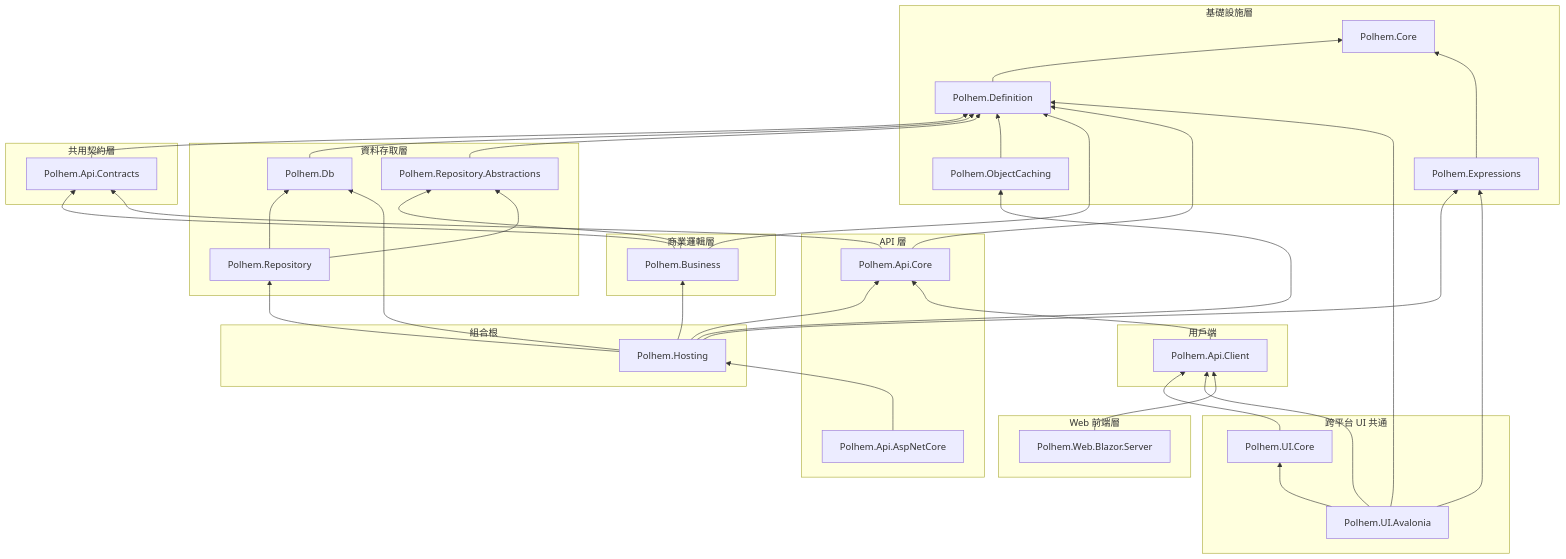
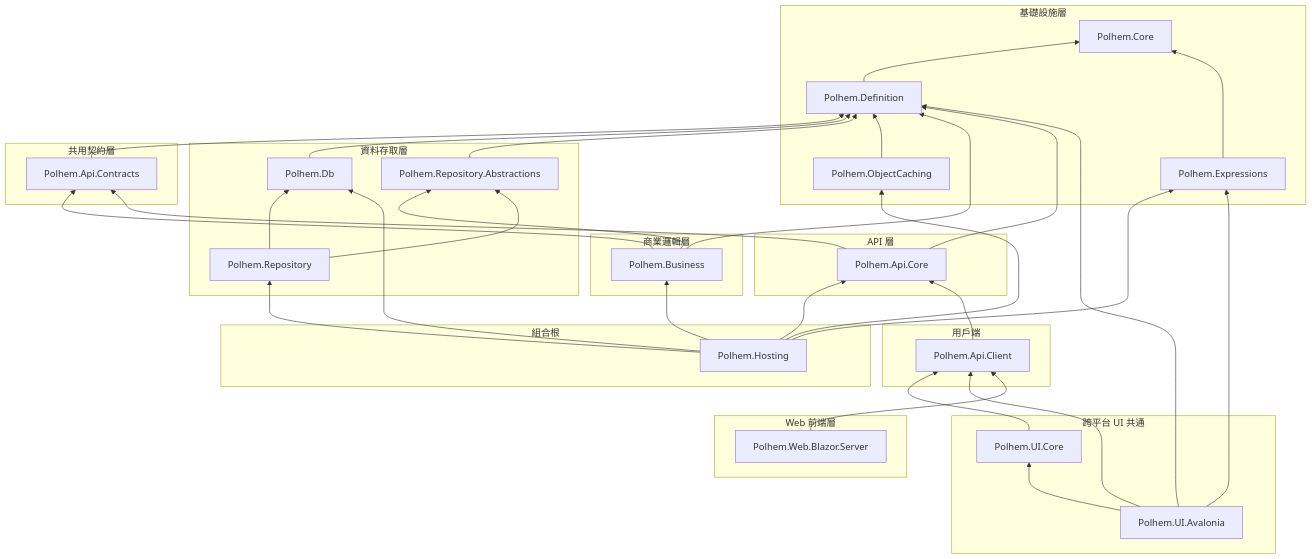
One commit to polhem-dev/polhem changed the diagram in docs/zh-TW/architecture/dependency-map.md. Above: the diagram before and after it, drawn with Mermaid. The commit also changed other lines of this file and 195 other files, not shown here.

````diff
--- a/docs/zh-TW/architecture/dependency-map.md
+++ b/docs/zh-TW/architecture/dependency-map.md
@@ -15,73 +15,71 @@
 ```mermaid
 graph BT
   subgraph 基礎設施層
     Base["Polhem.Core"]
     Expressions["Polhem.Expressions"]
     Definition["Polhem.Definition"]
     Caching["Polhem.ObjectCaching"]
   end
 
   subgraph 資料存取層
     RepoAbs["Polhem.Repository.Abstractions"]
     Db["Polhem.Db"]
     Repo["Polhem.Repository"]
   end
 
   subgraph 商業邏輯層
     Business["Polhem.Business"]
   end
 
   subgraph SharedContracts [共用契約層]
     Contracts["Polhem.Api.Contracts"]
   end
 
   subgraph API 層
     Core["Polhem.Api.Core"]
-    AspNet["Polhem.Api.AspNetCore"]
   end
 
   subgraph CompositionRoot [組合根]
     Hosting["Polhem.Hosting"]
   end
 
   subgraph 用戶端
     Client["Polhem.Api.Client"]
   end
 
   subgraph 跨平台 UI 共通
     UICore["Polhem.UI.Core"]
     UIAvalonia["Polhem.UI.Avalonia"]
   end
 
   subgraph Web 前端層
     BlazorSrv["Polhem.Web.Blazor.Server"]
   end
 
   Definition --> Base
   Expressions --> Base
   Hosting --> Expressions
   UIAvalonia --> Expressions
   Contracts --> Definition
   Db --> Definition
   RepoAbs --> Definition
   Caching --> Definition
   Business --> Contracts
   Business --> Definition
   Business --> RepoAbs
   Repo --> Db
   Repo --> RepoAbs
   Core --> Contracts
   Core --> Definition
   Hosting --> Core
   Hosting --> Business
   Hosting --> Db
   Hosting --> Repo
   Hosting --> Caching
-  AspNet --> Hosting
   Client --> Core
   UICore --> Client
   UIAvalonia --> UICore
   UIAvalonia --> Client
   UIAvalonia --> Definition
   BlazorSrv --> Client
 ```
````
